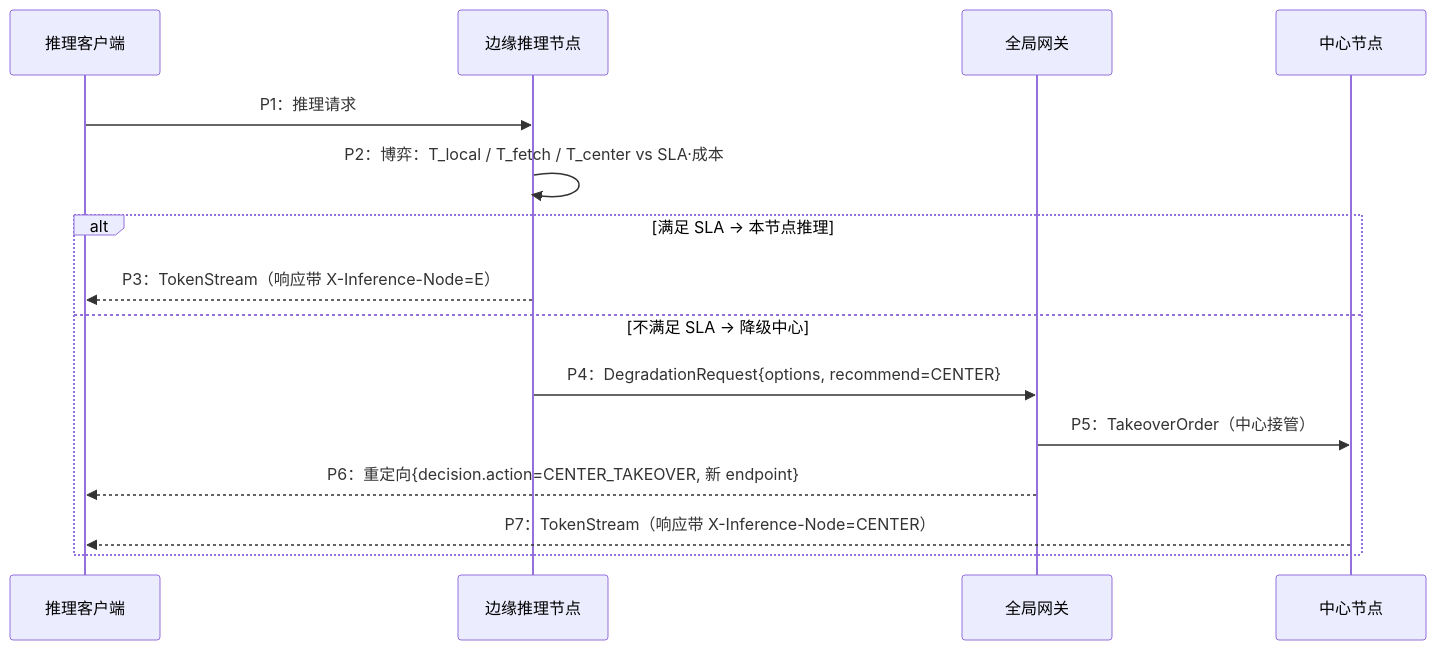
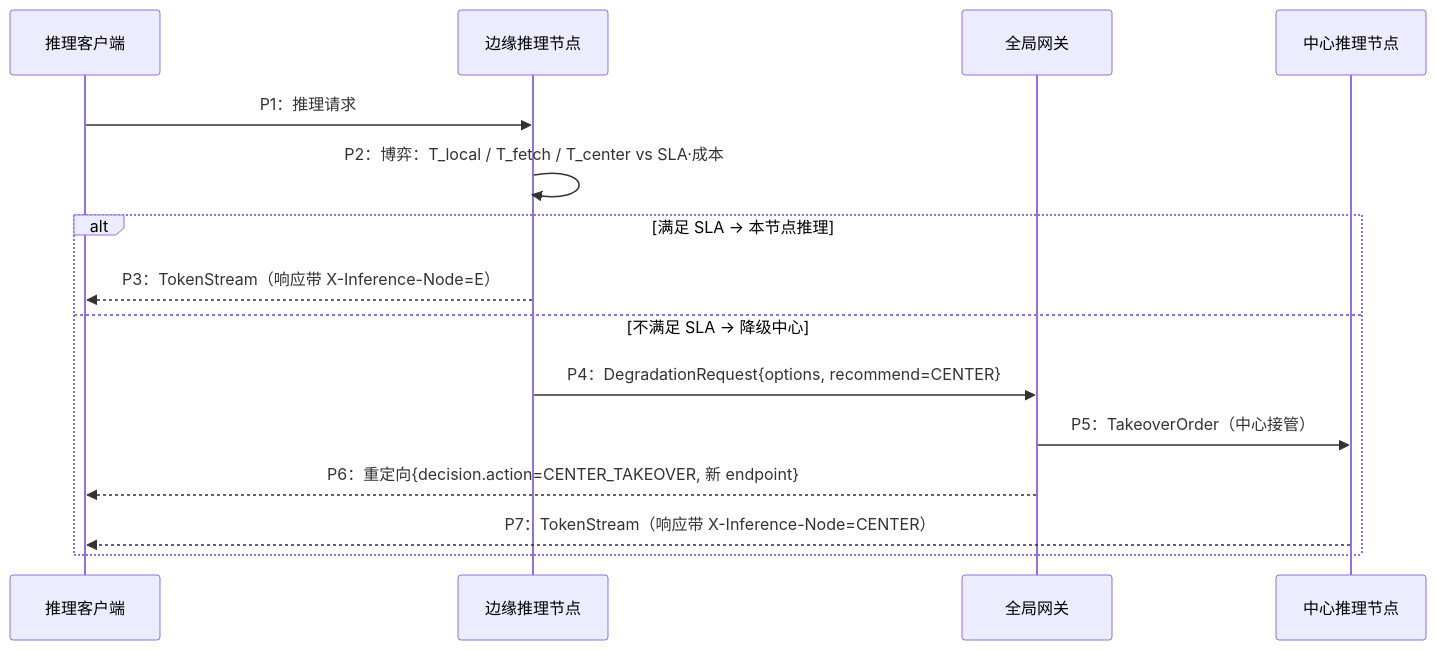
One commit to asml125-sketch/KVCacheCDNSolution changed the fourth of 4 diagrams in KV Cache CDN 解决方案-专利交底书.md. Above: the diagram before and after it, drawn with Mermaid. The commit also changed other lines of this file and 1 other file, not shown here.

````diff
--- a/KV Cache CDN 解决方案-专利交底书.md
+++ b/KV Cache CDN 解决方案-专利交底书.md
@@ -179,17 +217,17 @@
 ```mermaid
 sequenceDiagram
     participant C as 推理客户端
     participant E as 边缘推理节点
     participant GW as 全局网关
-    participant CT as 中心节点
+    participant CT as 中心推理节点
     C->>E: P1：推理请求
     E->>E: P2：博弈：T_local / T_fetch / T_center vs SLA·成本
     alt 满足 SLA → 本节点推理
         E-->>C: P3：TokenStream（响应带 X-Inference-Node=E）
     else 不满足 SLA → 降级中心
         E->>GW: P4：DegradationRequest{options, recommend=CENTER}
         GW->>CT: P5：TakeoverOrder（中心接管）
         GW-->>C: P6：重定向{decision.action=CENTER_TAKEOVER, 新 endpoint}
         CT-->>C: P7：TokenStream（响应带 X-Inference-Node=CENTER）
     end
 ```
````
